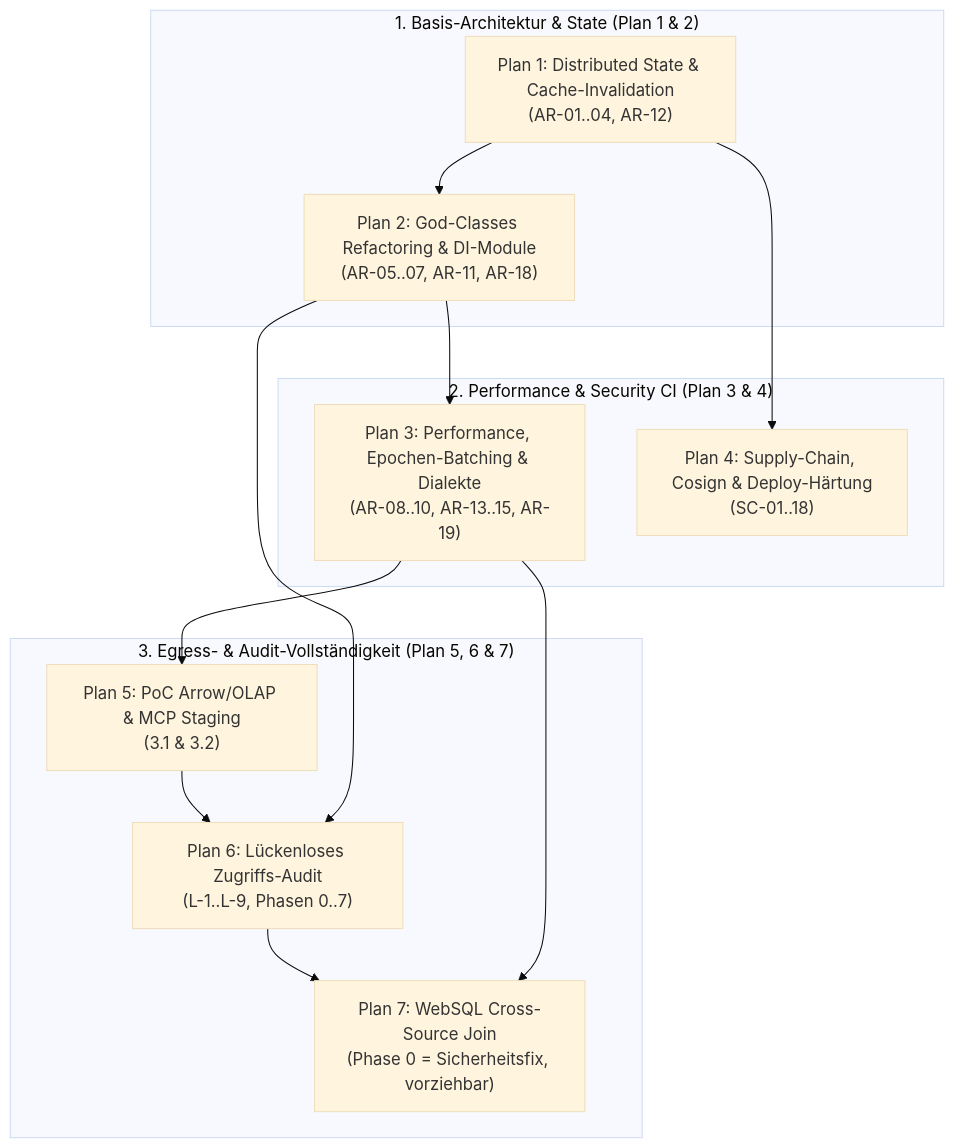
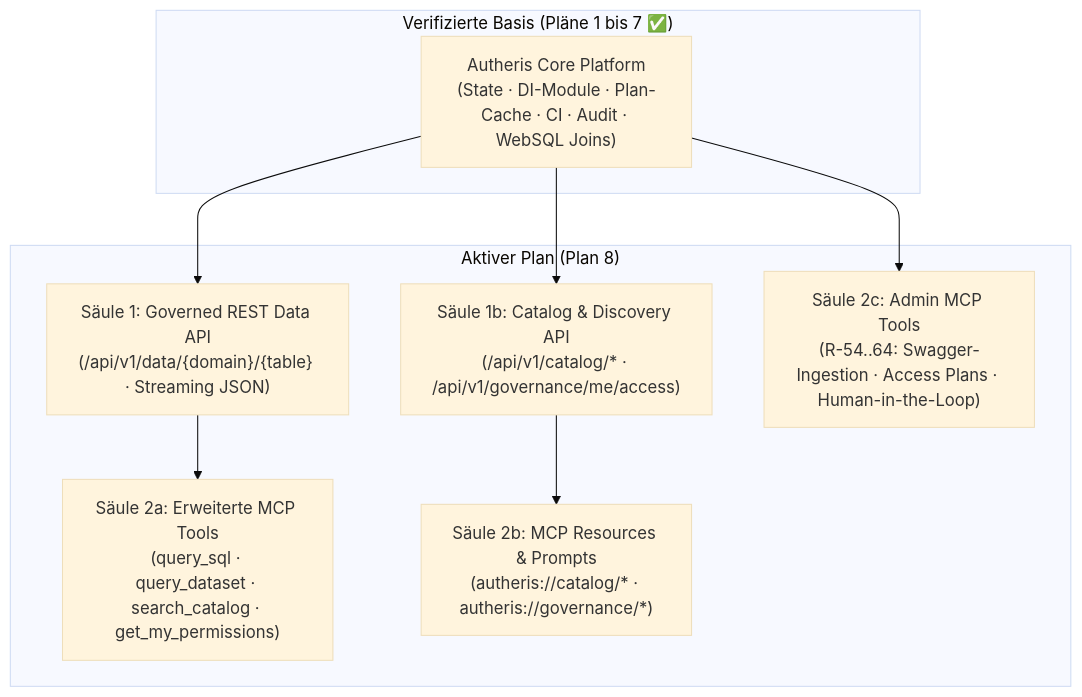
The diagram in docs/plans/00-gesamtplan-uebersicht.md (themulle/autheris), drawn with Mermaid (base theme) before and after one commit. The commit also changed other lines of this file and 11 other files, not shown here.

````diff
--- a/docs/plans/00-gesamtplan-uebersicht.md
+++ b/docs/plans/00-gesamtplan-uebersicht.md
@@ -53,27 +34,20 @@
 ```mermaid
 flowchart TD
-    subgraph Foundation["1. Basis-Architektur & State (Plan 1 & 2)"]
-        STATE["Plan 1: Distributed State & Cache-Invalidation<br/>(AR-01..04, AR-12)"]
-        MODULAR["Plan 2: God-Classes Refactoring & DI-Module<br/>(AR-05..07, AR-11, AR-18)"]
+    subgraph Baseline["Verifizierte Basis (Pläne 1 bis 7 ✅)"]
+        CORE["Autheris Core Platform<br/>(State · DI-Module · Plan-Cache · CI · Audit · WebSQL Joins)"]
     end
 
-    subgraph Optimization["2. Performance & Security CI (Plan 3 & 4)"]
-        PERF["Plan 3: Performance, Epochen-Batching & Dialekte<br/>(AR-08..10, AR-13..15, AR-19)"]
-        SUPPLY["Plan 4: Supply-Chain, Cosign & Deploy-Härtung<br/>(SC-01..18)"]
+    subgraph Active["Aktiver Plan (Plan 8)"]
+        REST_DATA["Säule 1: Governed REST Data API<br/>(/api/v1/data/{domain}/{table} · Streaming JSON)"]
+        CATALOG_API["Säule 1b: Catalog & Discovery API<br/>(/api/v1/catalog/* · /api/v1/governance/me/access)"]
+        MCP_TOOLS["Säule 2a: Erweiterte MCP Tools<br/>(query_sql · query_dataset · search_catalog · get_my_permissions)"]
+        MCP_RESOURCES["Säule 2b: MCP Resources & Prompts<br/>(autheris://catalog/* · autheris://governance/*)"]
+        MCP_ADMIN["Säule 2c: Admin MCP Tools<br/>(R-54..64: Swagger-Ingestion · Access Plans · Human-in-the-Loop)"]
     end
 
-    subgraph Egress["3. Egress- & Audit-Vollständigkeit (Plan 5, 6 & 7)"]
-        POC["Plan 5: PoC Arrow/OLAP & MCP Staging<br/>(3.1 & 3.2)"]
-        AUDIT["Plan 6: Lückenloses Zugriffs-Audit<br/>(L-1..L-9, Phasen 0..7)"]
-        WEBSQL["Plan 7: WebSQL Cross-Source Join<br/>(Phase 0 = Sicherheitsfix, vorziehbar)"]
-    end
-
-    STATE --> MODULAR
-    MODULAR --> PERF
-    STATE --> SUPPLY
-    MODULAR --> AUDIT
-    PERF --> POC
-    POC --> AUDIT
-    PERF --> WEBSQL
-    AUDIT --> WEBSQL
+    CORE --> REST_DATA
+    CORE --> CATALOG_API
+    REST_DATA --> MCP_TOOLS
+    CATALOG_API --> MCP_RESOURCES
+    CORE --> MCP_ADMIN
 ```
````
